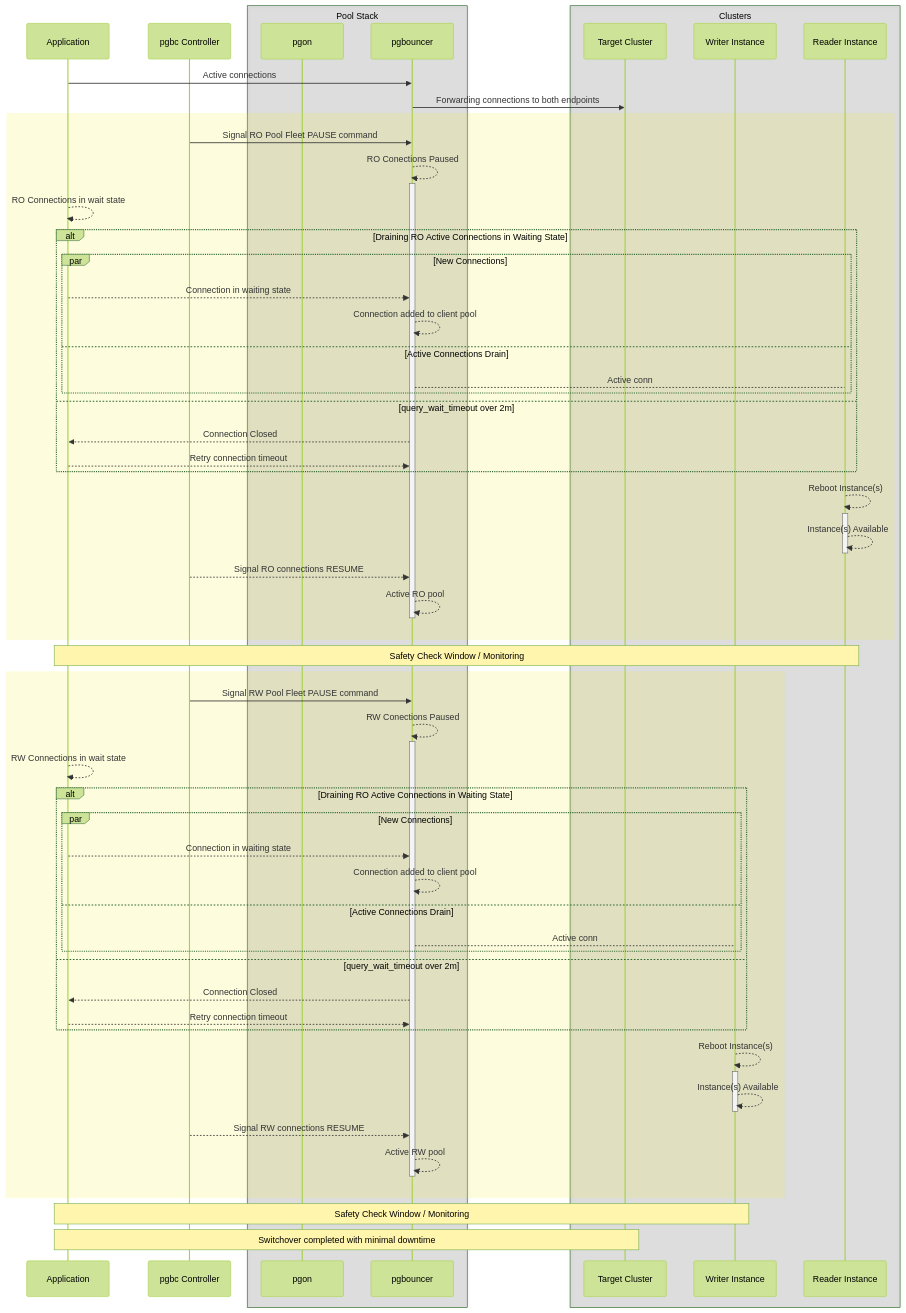
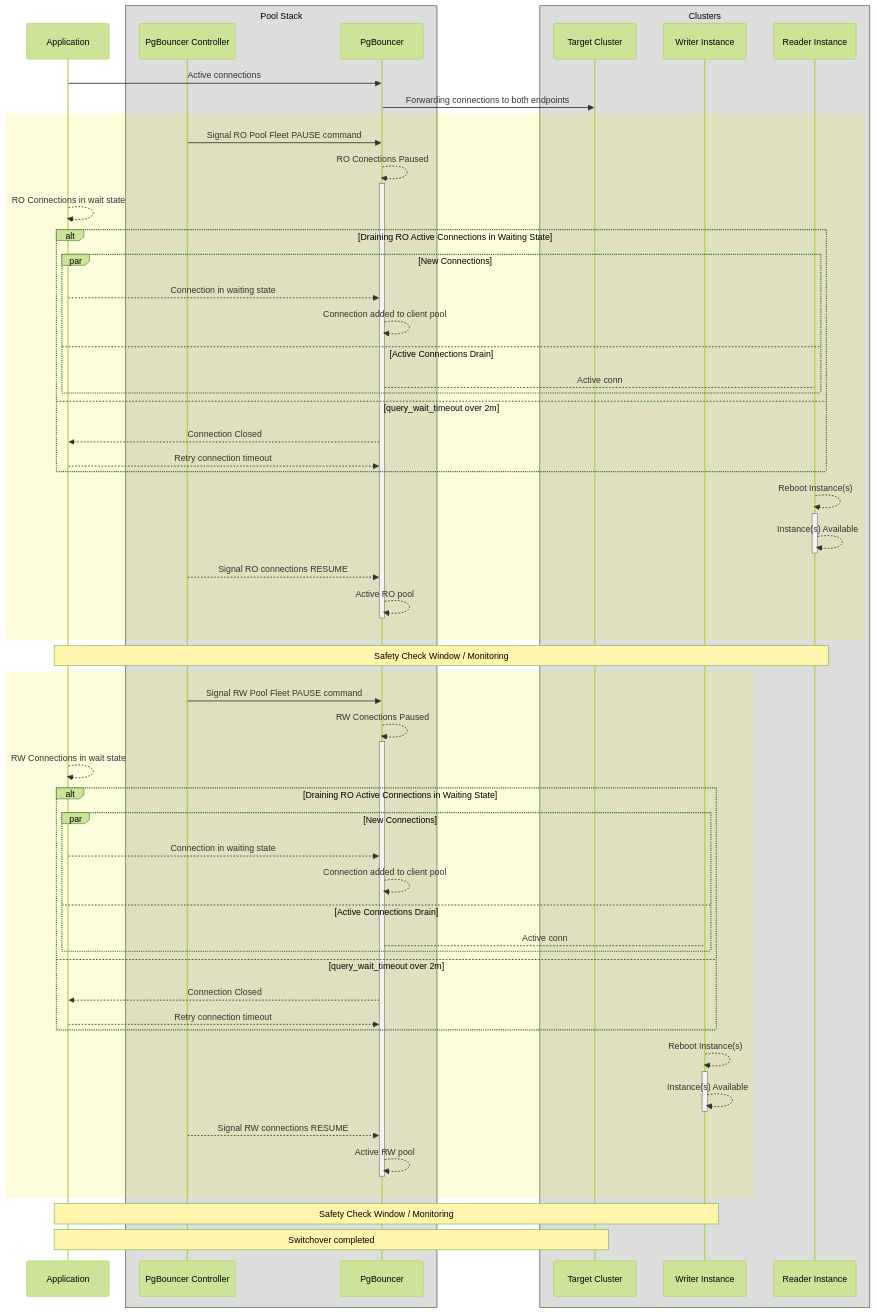
One commit to 3manuek/slides changed the second of 2 diagrams in 2025/Nerdearla.es/charts/postgres-upgrades.md. Above: the diagram before and after it, drawn with Mermaid (forest theme). The commit also changed other lines of this file and 11 other files, not shown here.

````diff
--- a/2025/Nerdearla.es/charts/postgres-upgrades.md
+++ b/2025/Nerdearla.es/charts/postgres-upgrades.md
@@ -162,78 +80,77 @@
 ```mermaid
 sequenceDiagram
     
     participant App as Application
-    participant pgbc as pgbc Controller
 
     box rgba(100, 100, 100, 0.19) Pool Stack
-        participant pgon as pgon
-        participant PgB as pgbouncer
+        participant pgbcontroller as PgBouncer Controller
+        participant PgB as PgBouncer
     end
     
     box rgba(100, 100, 100, 0.19) Clusters
         participant Target as Target Cluster
         participant Writer as Writer Instance
         participant Reader as Reader Instance
     end
 
     App->>PgB: Active connections
     PgB->>Target: Forwarding connections to both endpoints
 
 
     rect rgba(238, 234, 4, 0.13)
-        pgbc->>PgB: Signal RO Pool Fleet PAUSE command
+        pgbcontroller->>PgB: Signal RO Pool Fleet PAUSE command
         PgB-->>+PgB: RO Conections Paused
         App-->>App: RO Connections in wait state
 
 
         alt Draining RO Active Connections in Waiting State
             par New Connections
                 App-->>PgB: Connection in waiting state
                 PgB-->>PgB: Connection added to client pool
             and Active Connections Drain 
                 PgB-->Reader: Active conn 
             end
         else query_wait_timeout over 2m
             PgB-->>App: Connection Closed
             App-->>PgB: Retry connection timeout
         end
 
         Reader-->>+Reader: Reboot Instance(s)
         Reader-->>-Reader: Instance(s) Available
-        pgbc-->>PgB: Signal RO connections RESUME
+        pgbcontroller-->>PgB: Signal RO connections RESUME
         PgB-->>-PgB: Active RO pool
 
     end
 
     Note over App,Reader: Safety Check Window / Monitoring
 
 
     rect rgba(238, 234, 4, 0.13)
-        pgbc->>PgB: Signal RW Pool Fleet PAUSE command
+        pgbcontroller->>PgB: Signal RW Pool Fleet PAUSE command
         PgB-->>+PgB: RW Conections Paused
         App-->>App: RW Connections in wait state
 
 
         alt Draining RO Active Connections in Waiting State
             par New Connections
                 App-->>PgB: Connection in waiting state
                 PgB-->>PgB: Connection added to client pool
             and Active Connections Drain 
                 PgB-->Writer: Active conn 
             end
         else query_wait_timeout over 2m
             PgB-->>App: Connection Closed
             App-->>PgB: Retry connection timeout
         end
 
         Writer-->>+Writer: Reboot Instance(s)
         Writer-->>-Writer: Instance(s) Available
-        pgbc-->>PgB: Signal RW connections RESUME
+        pgbcontroller-->>PgB: Signal RW connections RESUME
         PgB-->>-PgB: Active RW pool
 
     end
 
     Note over App,Writer: Safety Check Window / Monitoring
-    Note over App,Target: Switchover completed with minimal downtime
+    Note over App,Target: Switchover completed 
 
 ```
````
